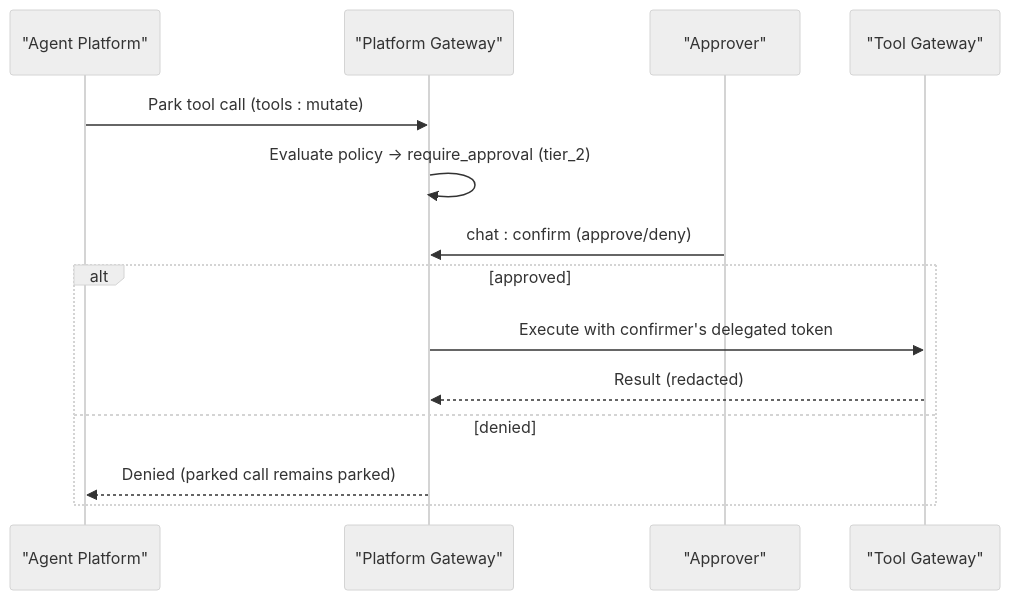
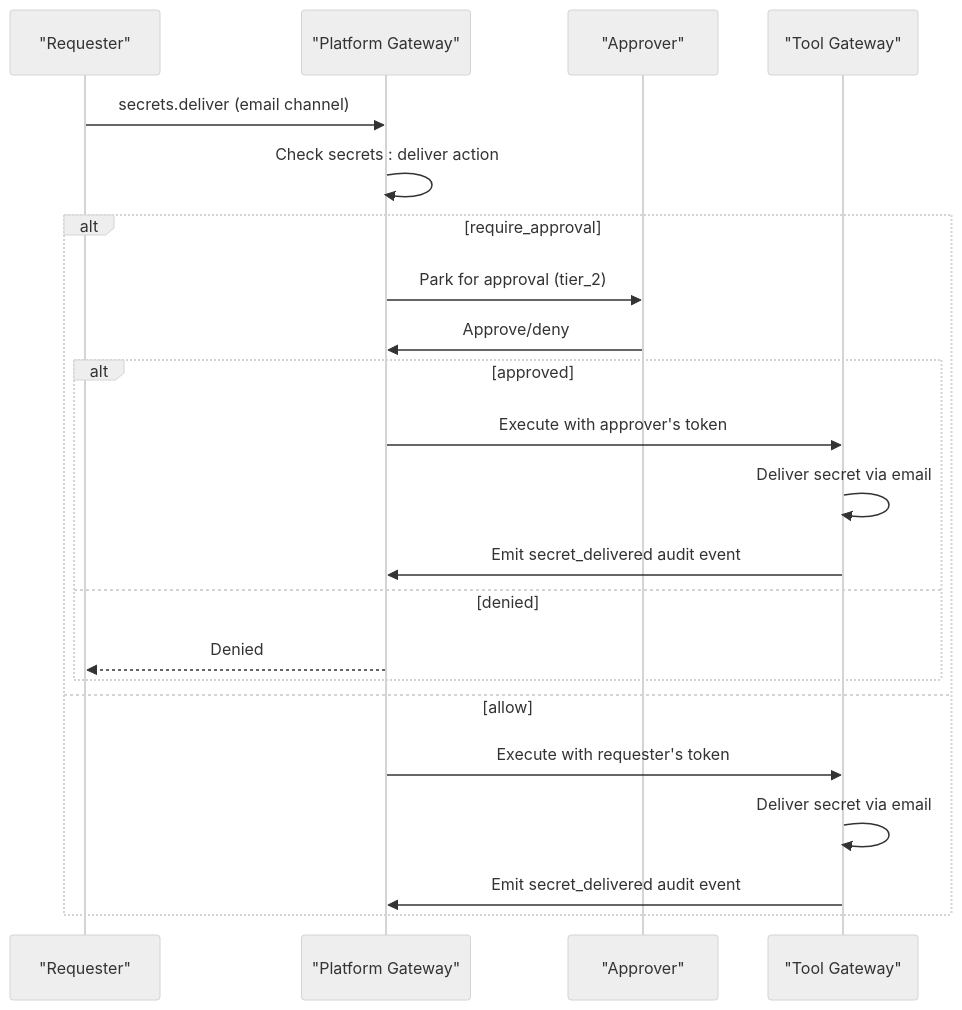
The seventh of 11 diagrams in .qoder/repowiki/en/content/Security and Authorization/Security and Authorization.md (metasync/luban-aiops), drawn with Mermaid (neutral theme) before and after one commit. The commit also changed other lines of this file and 56 other files, not shown here.

````diff
--- a/.qoder/repowiki/en/content/Security and Authorization/Security and Authorization.md
+++ b/.qoder/repowiki/en/content/Security and Authorization/Security and Authorization.md
@@ -238,16 +254,24 @@
 ```mermaid
 sequenceDiagram
-participant A as "Agent Platform"
+participant R as "Requester"
 participant G as "Platform Gateway"
-participant U as "Approver"
+participant A as "Approver"
 participant T as "Tool Gateway"
-A->>G : Park tool call (tools : mutate)
-G->>G : Evaluate policy -> require_approval (tier_2)
-U->>G : chat : confirm (approve/deny)
+R->>G : secrets.deliver (email channel)
+G->>G : Check secrets : deliver action
+alt require_approval
+G->>A : Park for approval (tier_2)
+A->>G : Approve/deny
 alt approved
-G->>T : Execute with confirmer's delegated token
-T-->>G : Result (redacted)
+G->>T : Execute with approver's token
+T->>T : Deliver secret via email
+T->>G : Emit secret_delivered audit event
 else denied
-G-->>A : Denied (parked call remains parked)
+G-->>R : Denied
+end
+else allow
+G->>T : Execute with requester's token
+T->>T : Deliver secret via email
+T->>G : Emit secret_delivered audit event
 end
 ```
````
